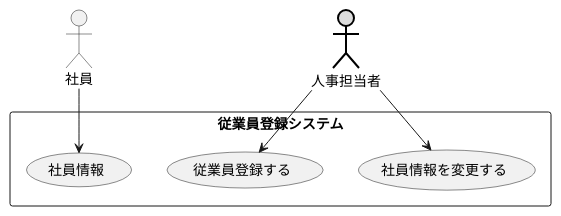
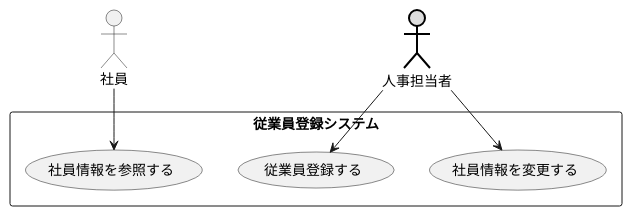
The diagram in 演習2-6_盛岡システム_従業員登録システム.pu (togamonro-ru/unl-introduction), drawn with PlantUML before and after one commit.

Commit message:
変更

```diff
--- a/演習2-6_盛岡システム_従業員登録システム.pu
+++ b/演習2-6_盛岡システム_従業員登録システム.pu
@@ -1,13 +1,13 @@
 @startuml 盛岡システム（株）
     ' left to right direction
     actor 社員 as d
     actor 人事担当者 as a #DDDDDD;line:black;line.bold;
     rectangle 従業員登録システム {
     usecase 従業員登録する as b
-    usecase 社員情報 as c
+    usecase 社員情報を参照する as c
     usecase 社員情報を変更する as e
     }
     a --> b
     d --> c
     a --> e
 @enduml
```
